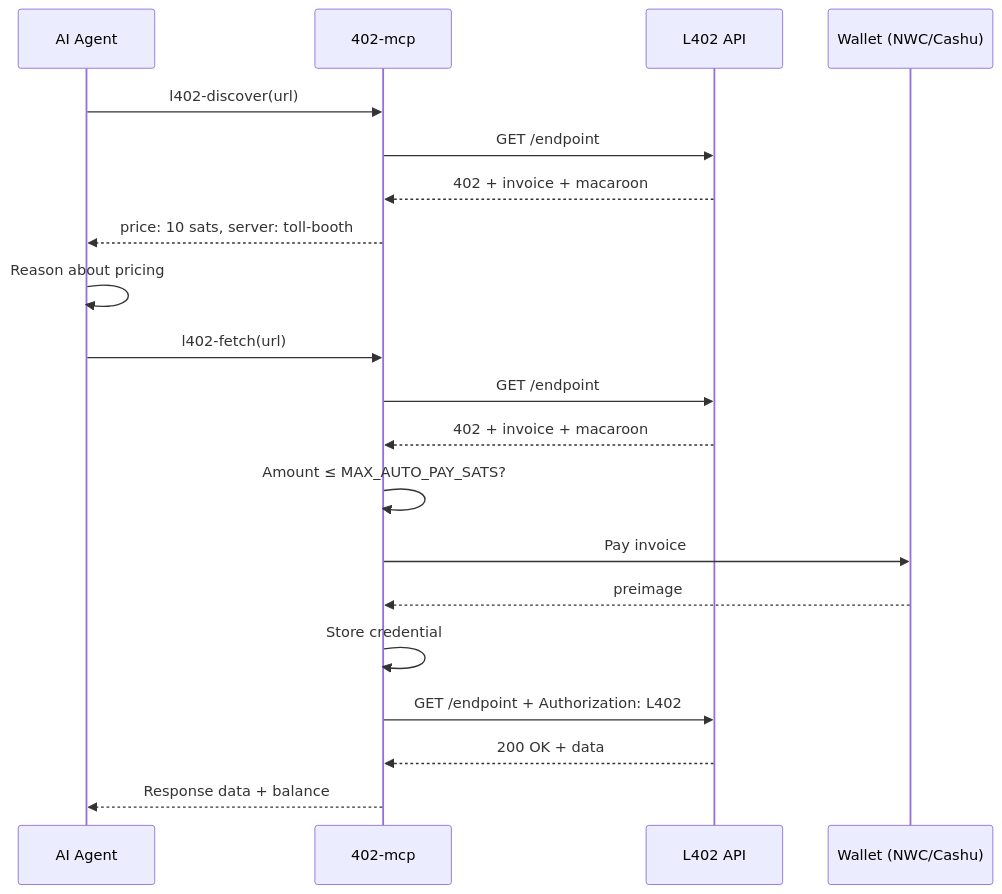
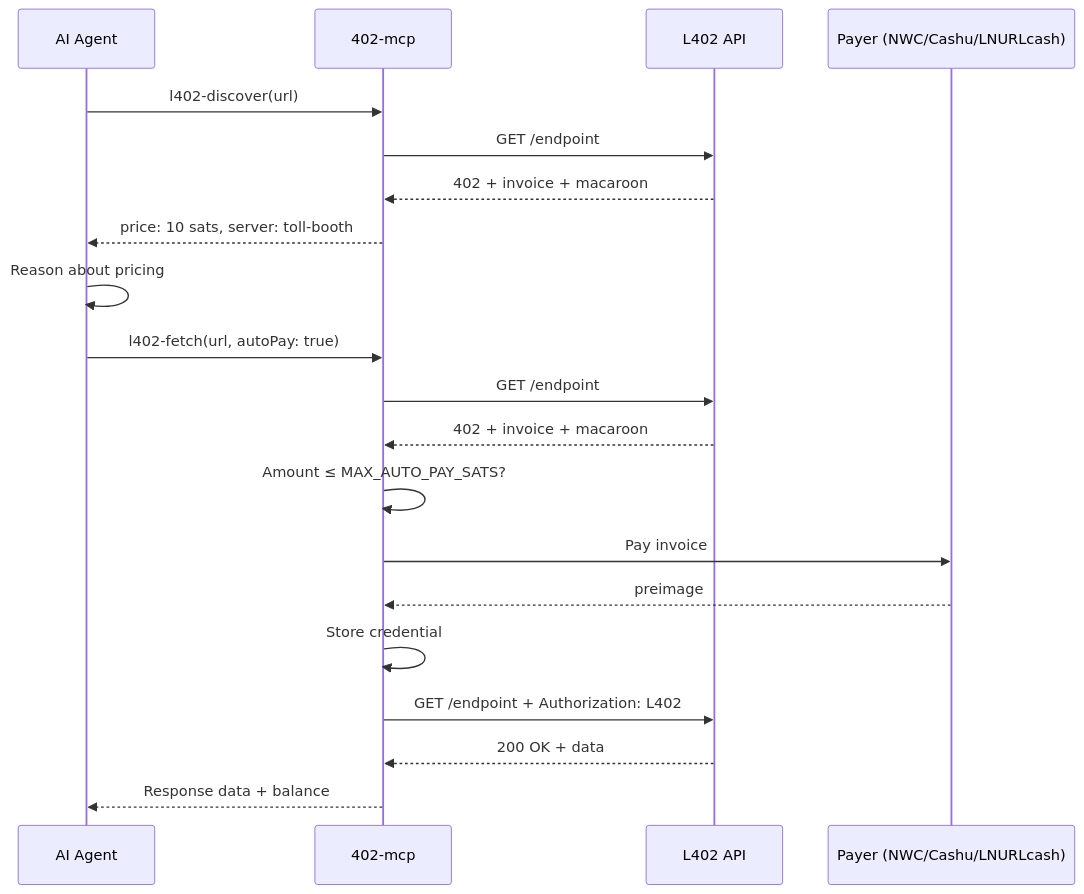
The second of 4 diagrams in docs/architecture.md (forgesworn/402-mcp), drawn with Mermaid before and after one commit. The commit also changed other lines of this file and 7 other files, not shown here.

````diff
--- a/docs/architecture.md
+++ b/docs/architecture.md
@@ -49,25 +53,25 @@
 ```mermaid
 sequenceDiagram
     participant Agent as AI Agent
     participant MCP as 402-mcp
     participant API as L402 API
-    participant Wallet as Wallet (NWC/Cashu)
+    participant Wallet as Payer (NWC/Cashu/LNURLcash)
 
     Agent->>MCP: l402-discover(url)
     MCP->>API: GET /endpoint
     API-->>MCP: 402 + invoice + macaroon
     MCP-->>Agent: price: 10 sats, server: toll-booth
 
     Agent->>Agent: Reason about pricing
 
-    Agent->>MCP: l402-fetch(url)
+    Agent->>MCP: l402-fetch(url, autoPay: true)
     MCP->>API: GET /endpoint
     API-->>MCP: 402 + invoice + macaroon
     MCP->>MCP: Amount ≤ MAX_AUTO_PAY_SATS?
     MCP->>Wallet: Pay invoice
     Wallet-->>MCP: preimage
     MCP->>MCP: Store credential
     MCP->>API: GET /endpoint + Authorization: L402
     API-->>MCP: 200 OK + data
     MCP-->>Agent: Response data + balance
 ```
````
